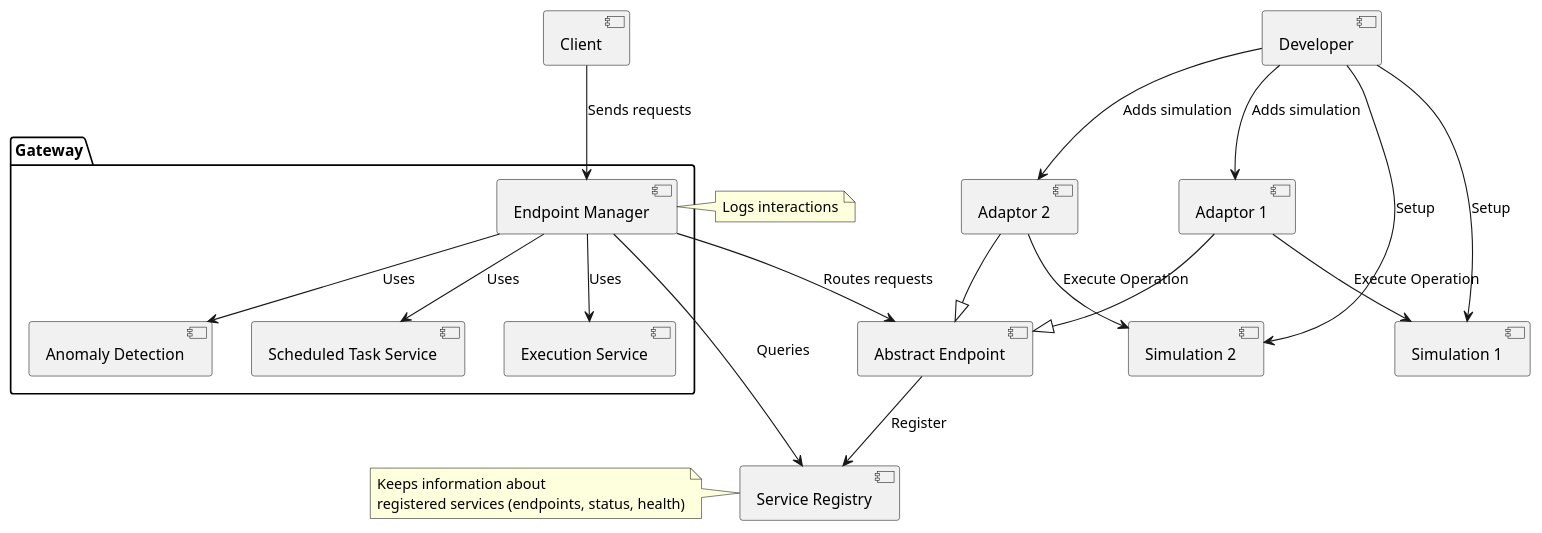
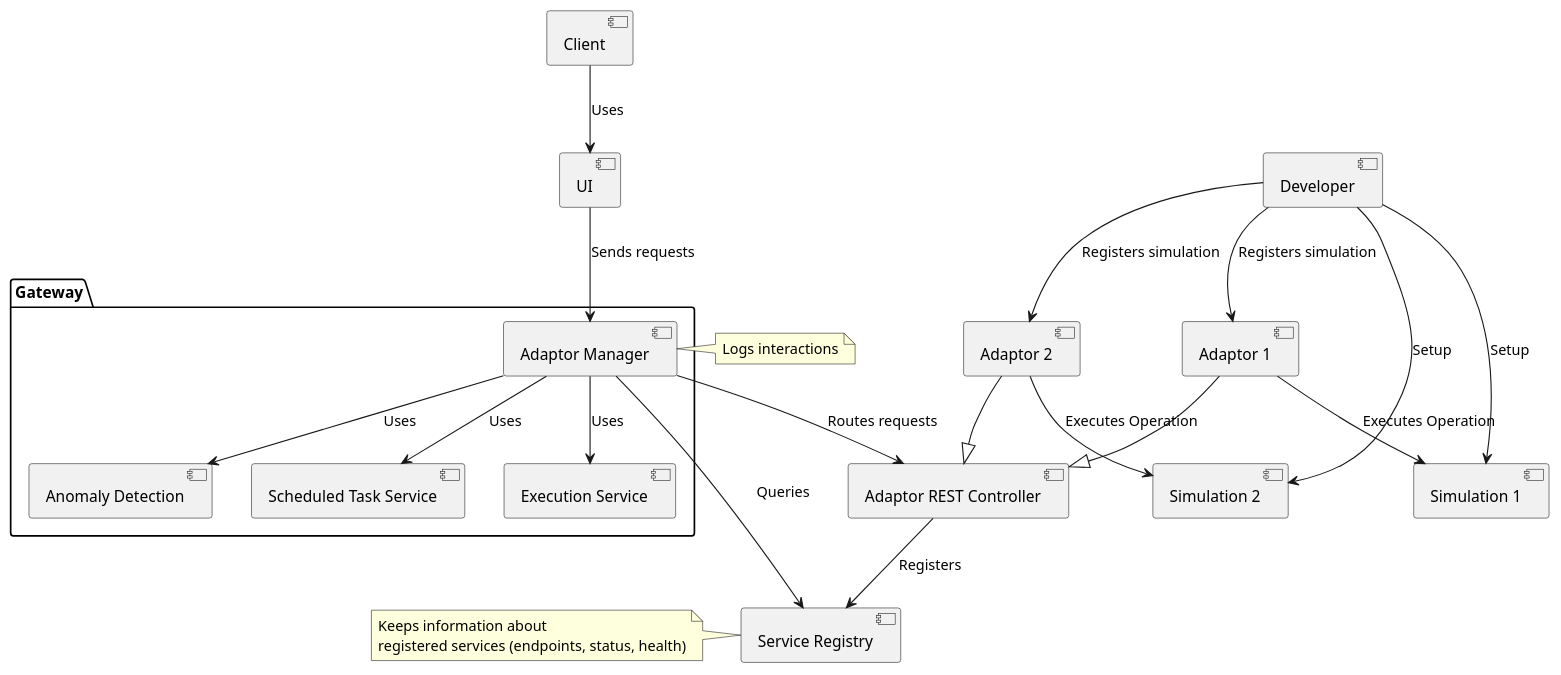
The diagram in 1. Konzept/architecture.puml (jku-swe-simcomp/project-management), drawn with PlantUML before and after one commit. The commit also changed 32 other files, not shown here.

Commit message:
updated diagrams

```diff
--- a/1. Konzept/architecture.puml
+++ b/1. Konzept/architecture.puml
@@ -1,42 +1,43 @@
 @startuml
 
 [Service Registry]
 
-[Adaptor 1] --|> [Abstract Endpoint]
-[Adaptor 2] --|> [Abstract Endpoint]
+[Adaptor 1] --|> [Adaptor REST Controller]
+[Adaptor 2] --|> [Adaptor REST Controller]
 
 package "Gateway" {
-[Endpoint Manager]
+[Adaptor Manager]
 [Execution Service]
 [Anomaly Detection]
 [Scheduled Task Service]
 }
 
 [Simulation 1]
 [Simulation 2]
 
-[Endpoint Manager] --> [Service Registry] : Queries
-[Endpoint Manager] --> [Abstract Endpoint] : Routes requests
-[Abstract Endpoint] --> [Service Registry] : Register
-[Adaptor 1] --> [Simulation 1] : Execute Operation
-[Adaptor 2] --> [Simulation 2] : Execute Operation
-[Endpoint Manager] --> [Execution Service] : Uses
-[Endpoint Manager] --> [Scheduled Task Service] : Uses
-[Endpoint Manager] --> [Anomaly Detection] : Uses
+[Adaptor Manager] --> [Service Registry] : Queries
+[Adaptor Manager] --> [Adaptor REST Controller] : Routes requests
+[Adaptor REST Controller] --> [Service Registry] : Registers
+[Adaptor 1] --> [Simulation 1] : Executes Operation
+[Adaptor 2] --> [Simulation 2] : Executes Operation
+[Adaptor Manager] --> [Execution Service] : Uses
+[Adaptor Manager] --> [Scheduled Task Service] : Uses
+[Adaptor Manager] --> [Anomaly Detection] : Uses
 
-note right of [Endpoint Manager]
+note right of [Adaptor Manager]
   Logs interactions
 end note
 
 note left of [Service Registry]
   Keeps information about 
   registered services (endpoints, status, health)
 end note
 
-[Client] --> [Endpoint Manager] : Sends requests
+[Client] --> [UI] : Uses
+[UI] --> [Adaptor Manager] : Sends requests
 [Developer] --> [Simulation 1] : Setup
-[Developer] --> [Adaptor 1] : Adds simulation
+[Developer] --> [Adaptor 1] : Registers simulation
 [Developer] --> [Simulation 2]: Setup
-[Developer] --> [Adaptor 2]: Adds simulation
+[Developer] --> [Adaptor 2]: Registers simulation
 
 @enduml
```
